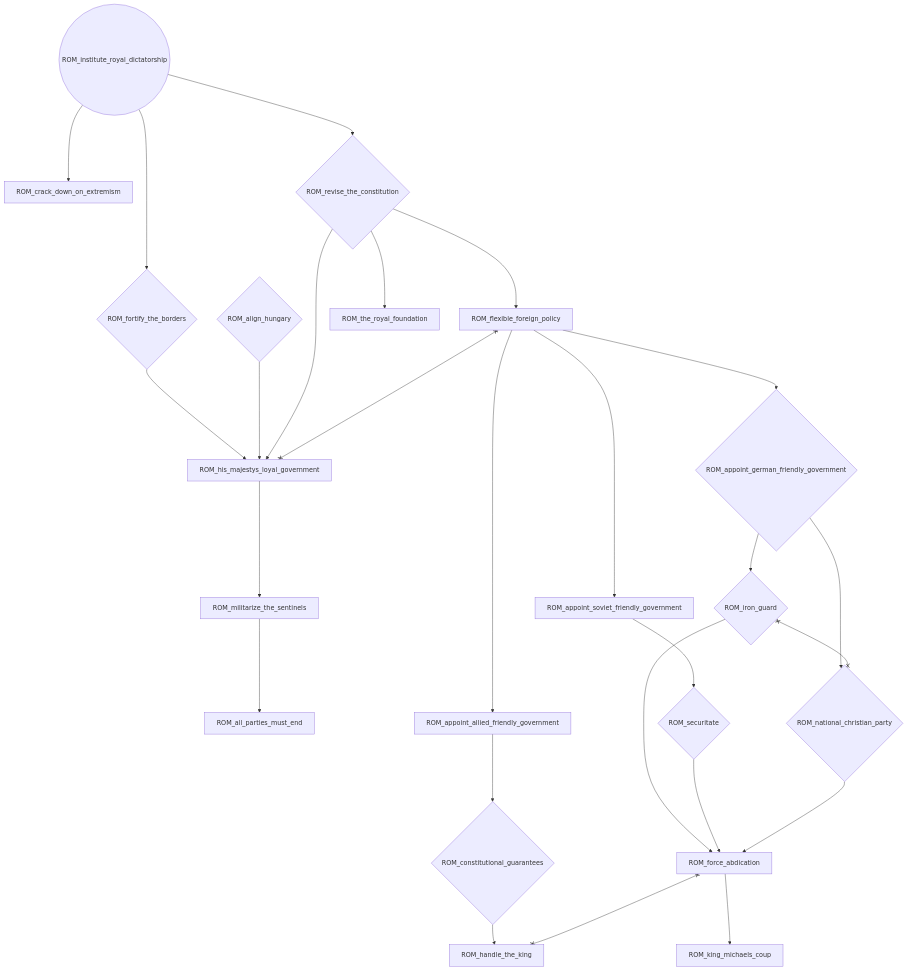
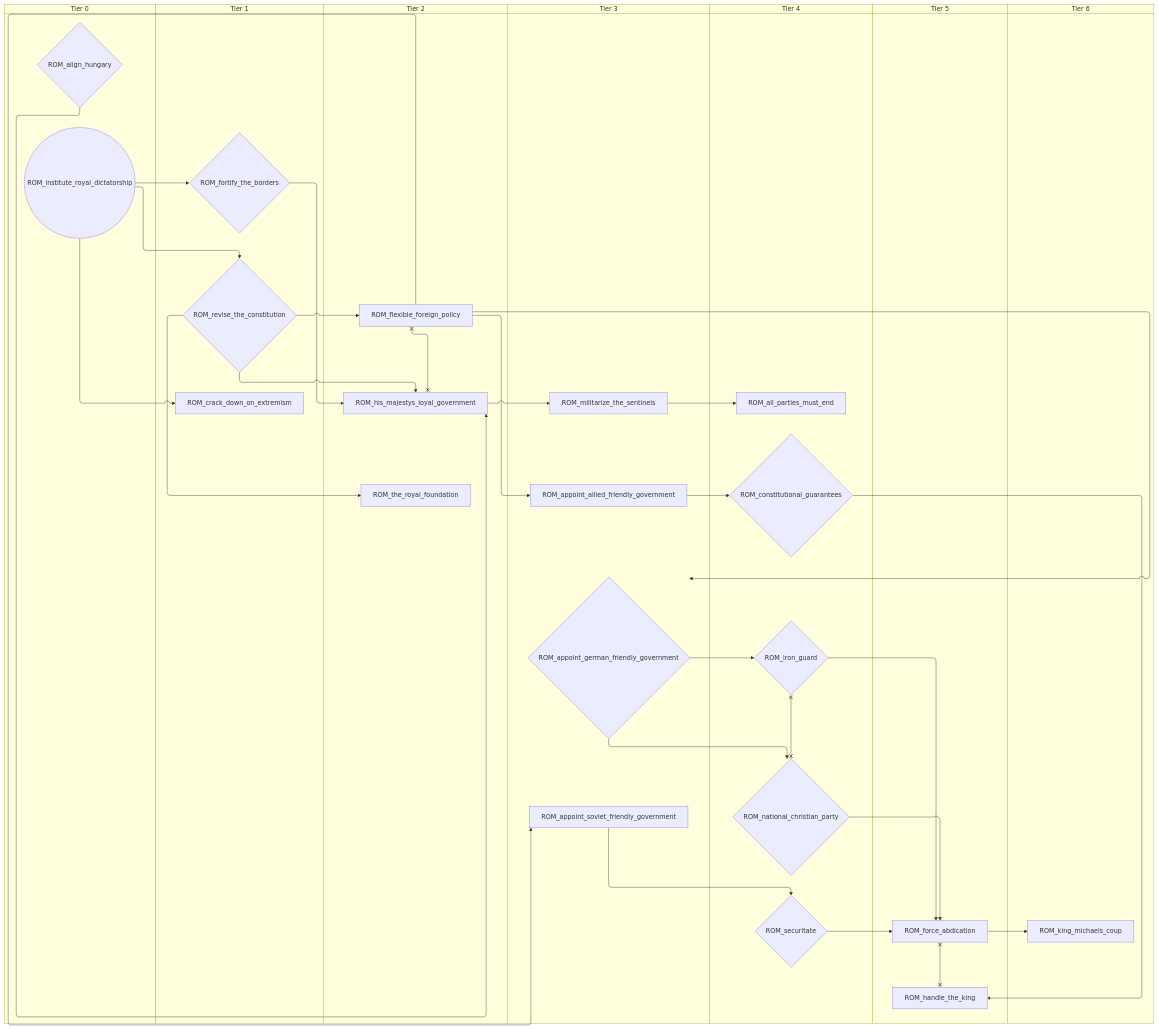
Before and after one commit to evgeny-sobol/hoi4-sandbox-mode: the fifth of 6 diagrams in docs/gdd/National Focuses/romania.md, drawn with Mermaid. The commit also changed other lines of this file and 80 other files, not shown here.

First line of the commit message:
Add swimlane mode to focus graph exporter

````diff
--- a/docs/gdd/National Focuses/romania.md
+++ b/docs/gdd/National Focuses/romania.md
@@ -161,48 +209,62 @@
 ```mermaid
-flowchart TD
-    n15{"ROM_align_hungary"}
-    n16["ROM_all_parties_must_end"]
-    n63["ROM_appoint_allied_friendly_government"]
-    n64{"ROM_appoint_german_friendly_government"}
-    n65["ROM_appoint_soviet_friendly_government"]
-    n66{"ROM_constitutional_guarantees"}
-    n67["ROM_crack_down_on_extremism"]
-    n24["ROM_flexible_foreign_policy"]
-    n68["ROM_force_abdication"]
-    n25{"ROM_fortify_the_borders"}
-    n69["ROM_handle_the_king"]
-    n26["ROM_his_majestys_loyal_government"]
-    n70(("ROM_institute_royal_dictatorship"))
-    n71{"ROM_iron_guard"}
-    n72["ROM_king_michaels_coup"]
-    n31["ROM_militarize_the_sentinels"]
-    n73{"ROM_national_christian_party"}
-    n35{"ROM_revise_the_constitution"}
-    n74{"ROM_securitate"}
-    n75["ROM_the_royal_foundation"]
-    n31 --> n16
-    n24 --> n63
-    n24 --> n64
-    n24 --> n65
-    n63 --> n66
-    n70 --> n67
-    n35 --> n24
-    n71 --> n68
-    n74 --> n68
-    n73 --> n68
-    n70 --> n25
+swimlane-beta TD
+    subgraph tier_0["Tier 0"]
+        n20{"ROM_align_hungary"}
+        n63(("ROM_institute_royal_dictatorship"))
+    end
+    subgraph tier_1["Tier 1"]
+        n64["ROM_crack_down_on_extremism"]
+        n17{"ROM_fortify_the_borders"}
+        n19{"ROM_revise_the_constitution"}
+    end
+    subgraph tier_2["Tier 2"]
+        n16["ROM_flexible_foreign_policy"]
+        n25["ROM_his_majestys_loyal_government"]
+        n65["ROM_the_royal_foundation"]
+    end
+    subgraph tier_3["Tier 3"]
+        n66["ROM_appoint_allied_friendly_government"]
+        n67{"ROM_appoint_german_friendly_government"}
+        n68["ROM_appoint_soviet_friendly_government"]
+        n29["ROM_militarize_the_sentinels"]
+    end
+    subgraph tier_4["Tier 4"]
+        n31["ROM_all_parties_must_end"]
+        n69{"ROM_constitutional_guarantees"}
+        n70{"ROM_iron_guard"}
+        n71{"ROM_national_christian_party"}
+        n72{"ROM_securitate"}
+    end
+    subgraph tier_5["Tier 5"]
+        n73["ROM_force_abdication"]
+        n74["ROM_handle_the_king"]
+    end
+    subgraph tier_6["Tier 6"]
+        n75["ROM_king_michaels_coup"]
+    end
+    n29 --> n31
+    n16 --> n66
+    n16 --> n67
+    n16 --> n68
     n66 --> n69
-    n25 --> n26
-    n15 --> n26
-    n35 --> n26
-    n64 --> n71
+    n63 --> n64
+    n19 --> n16
+    n70 --> n73
+    n72 --> n73
+    n71 --> n73
+    n63 --> n17
+    n69 --> n74
+    n17 --> n25
+    n20 --> n25
+    n19 --> n25
+    n67 --> n70
+    n73 --> n75
+    n25 --> n29
+    n67 --> n71
+    n63 --> n19
     n68 --> n72
-    n26 --> n31
-    n64 --> n73
-    n70 --> n35
-    n65 --> n74
-    n35 --> n75
-    n24 x--x n26
-    n68 x--x n69
-    n71 x--x n73
+    n19 --> n65
+    n16 x--x n25
+    n73 x--x n74
+    n70 x--x n71
 ```
````
